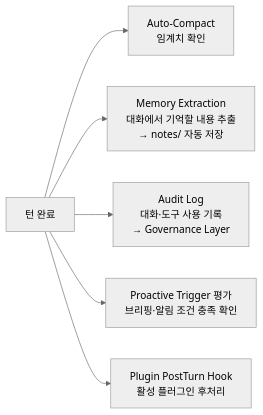
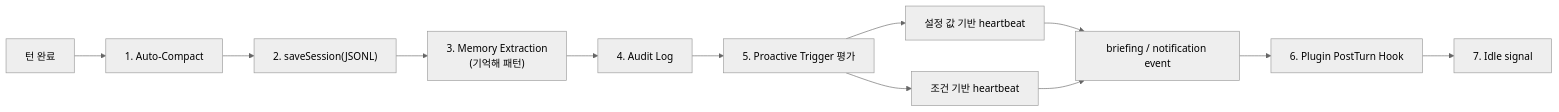
Before and after one commit to lvis-project/lvis-app: diagram 12 of 44 in docs/architecture/architecture.md, drawn with Mermaid (neutral theme). The commit also changed other lines of this file and 10 other files, not shown here.

````diff
--- a/docs/architecture/architecture.md
+++ b/docs/architecture/architecture.md
@@ -910,10 +853,16 @@
 ```mermaid
 flowchart LR
     TURN_DONE["턴 완료"]
 
-    TURN_DONE --> COMPACT_CHK["Auto-Compact<br/>임계치 확인"]
-    TURN_DONE --> MEM_EXT["Memory Extraction<br/>대화에서 기억할 내용 추출<br/>→ notes/ 자동 저장"]
-    TURN_DONE --> AUDIT_LOG["Audit Log<br/>대화·도구 사용 기록<br/>→ Governance Layer"]
-    TURN_DONE --> PROACTIVE_EVAL["Proactive Trigger 평가<br/>브리핑·알림 조건 충족 확인"]
-    TURN_DONE --> PLUGIN_HOOK["Plugin PostTurn Hook<br/>활성 플러그인 후처리"]
+    TURN_DONE --> COMPACT_CHK["1. Auto-Compact"]
+    COMPACT_CHK --> SAVE["2. saveSession(JSONL)"]
+    SAVE --> MEM_EXT["3. Memory Extraction<br/>(기억해 패턴)"]
+    MEM_EXT --> AUDIT_LOG["4. Audit Log"]
+    AUDIT_LOG --> PROACTIVE_EVAL["5. Proactive Trigger 평가"]
+    PROACTIVE_EVAL --> HEARTBEAT_CFG["설정 값 기반 heartbeat"]
+    PROACTIVE_EVAL --> HEARTBEAT_COND["조건 기반 heartbeat"]
+    HEARTBEAT_CFG --> PROACTIVE_EVT["briefing / notification event"]
+    HEARTBEAT_COND --> PROACTIVE_EVT
+    PROACTIVE_EVT --> PLUGIN_HOOK["6. Plugin PostTurn Hook"]
+    PLUGIN_HOOK --> IDLE["7. Idle signal"]
 ```
````
